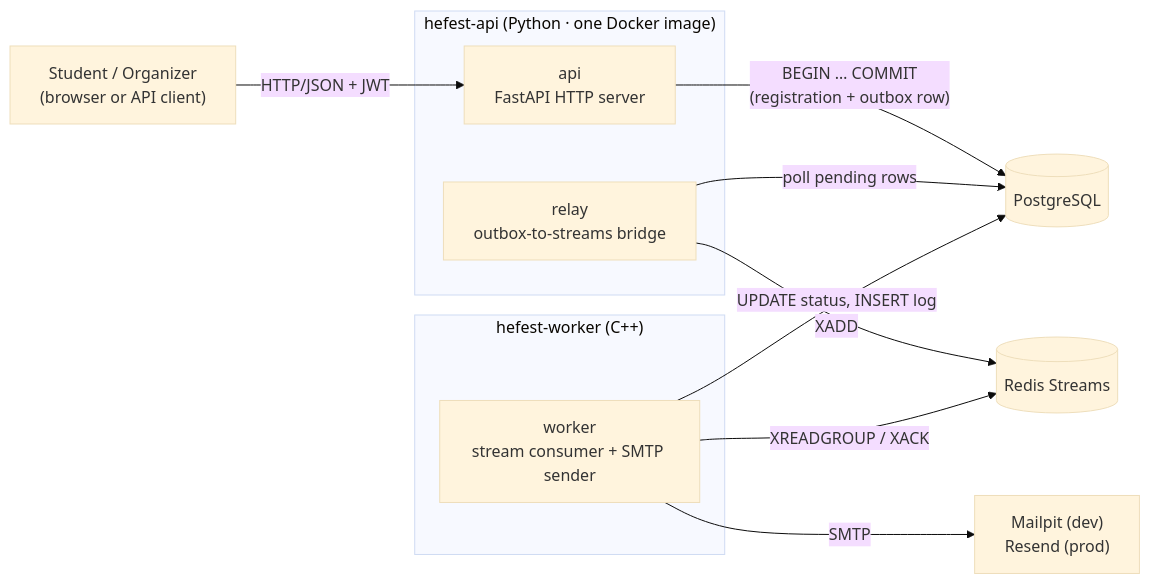
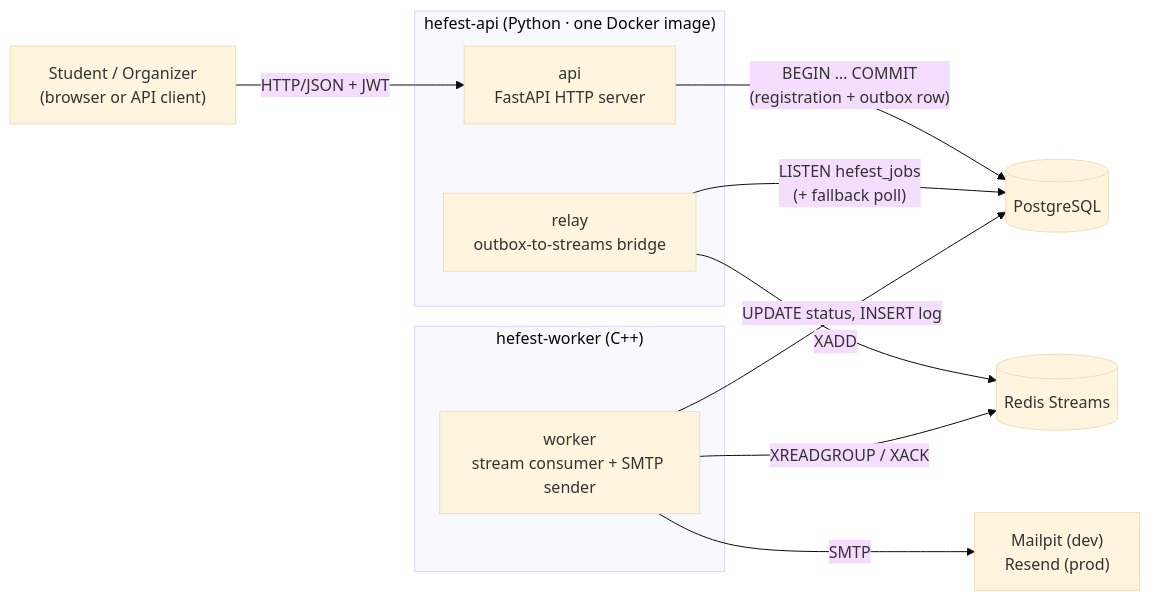
Before and after one commit to hefest2026/hefest-docs: the first of 8 diagrams in docs/superpowers/specs/2026-06-16-backend-architecture-design.md, drawn with Mermaid (base theme). The commit also changed other lines of this file, not shown here.

First line of the commit message:
docs: relay LISTEN/NOTIFY architecture decision (HEF-16)

````diff
--- a/docs/superpowers/specs/2026-06-16-backend-architecture-design.md
+++ b/docs/superpowers/specs/2026-06-16-backend-architecture-design.md
@@ -26,21 +26,21 @@
 ```mermaid
 flowchart LR
     Client["Student / Organizer\n(browser or API client)"]
 
     subgraph api_repo["hefest-api  (Python · one Docker image)"]
         API["api\nFastAPI HTTP server"]
         Relay["relay\noutbox-to-streams bridge"]
     end
 
     subgraph worker_repo["hefest-worker  (C++)"]
         Worker["worker\nstream consumer + SMTP sender"]
     end
 
     Client -->|"HTTP/JSON + JWT"| API
     API -->|"BEGIN … COMMIT\n(registration + outbox row)"| PG[("PostgreSQL")]
-    Relay -->|"poll pending rows"| PG
+    Relay -->|"LISTEN hefest_jobs\n(+ fallback poll)"| PG
     Relay -->|"XADD"| Redis[("Redis Streams")]
     Worker -->|"XREADGROUP / XACK"| Redis
     Worker -->|"UPDATE status, INSERT log"| PG
     Worker -->|"SMTP"| Mail["Mailpit (dev)\nResend (prod)"]
 ```
````
